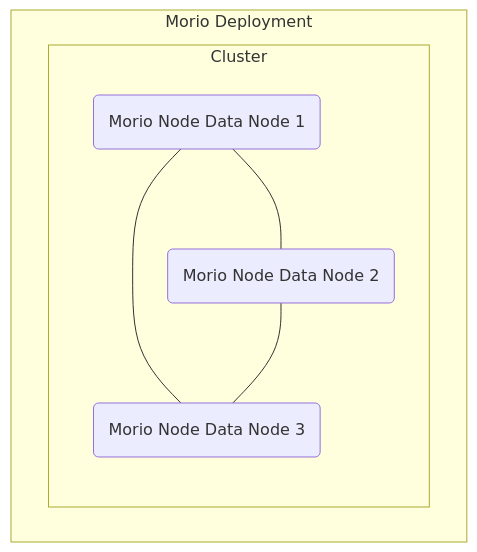
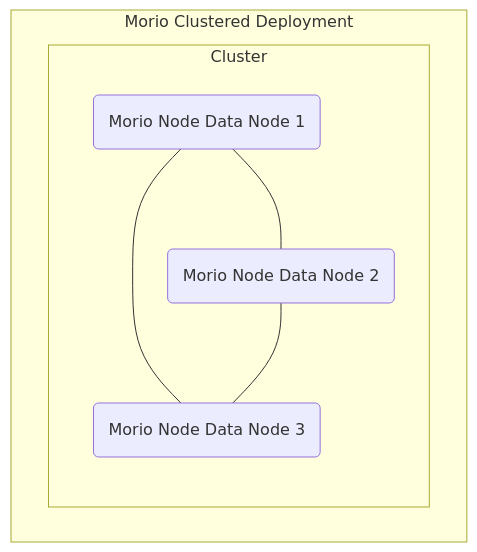
The third of 4 diagrams in docs/docs/reference/deploy/readme.md (certeu/morio), drawn with Mermaid before and after one commit. The commit also changed other lines of this file and 31 other files, not shown here.

````diff
--- a/docs/docs/reference/deploy/readme.md
+++ b/docs/docs/reference/deploy/readme.md
@@ -54,13 +54,13 @@
 ```mermaid
 flowchart TD
-  subgraph Morio Deployment
+  subgraph Morio Clustered Deployment
     subgraph Cluster
       d1("Morio Node Data Node 1")
       d2("Morio Node Data Node 2")
       d3("Morio Node Data Node 3")
       d1 --- d2
       d1 --- d3
       d2 --- d3
     end
   end
 ```
````
